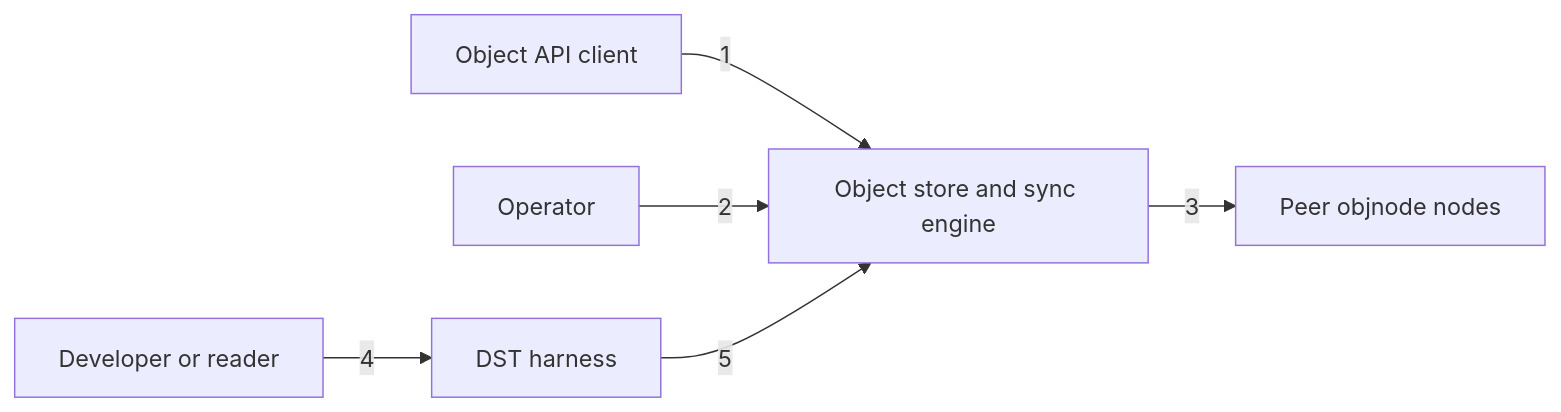
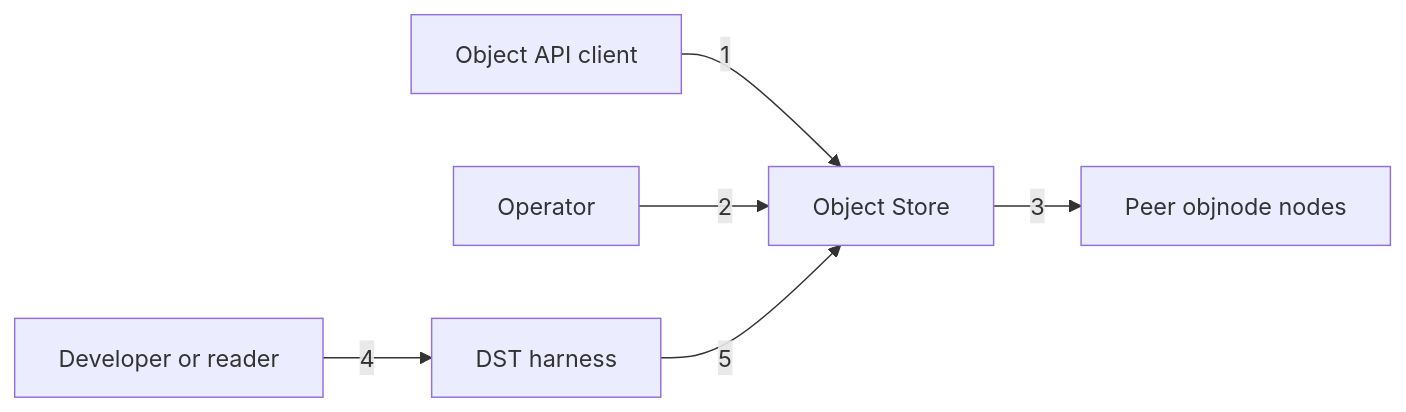
The diagram in docs/c4/diagrams/01-system-context.mmd (nickstrad/decentralized-object-store), drawn with Mermaid before and after one commit. The commit also changed 3 other files, not shown here.

First line of the commit message:
c4, book: name the system Object Store

```diff
--- a/docs/c4/diagrams/01-system-context.mmd
+++ b/docs/c4/diagrams/01-system-context.mmd
@@ -1,7 +1,7 @@
 %% draw-visual: -x 4 -y 1 -p 0
 graph LR
-  CLIENT[Object API client] -->|1| STORE[Object store and sync engine]
+  CLIENT[Object API client] -->|1| STORE[Object Store]
   OPER[Operator] -->|2| STORE
   DST[DST harness] -->|5| STORE
   STORE -->|3| PEERS[Peer objnode nodes]
   DEV[Developer or reader] -->|4| DST
```
